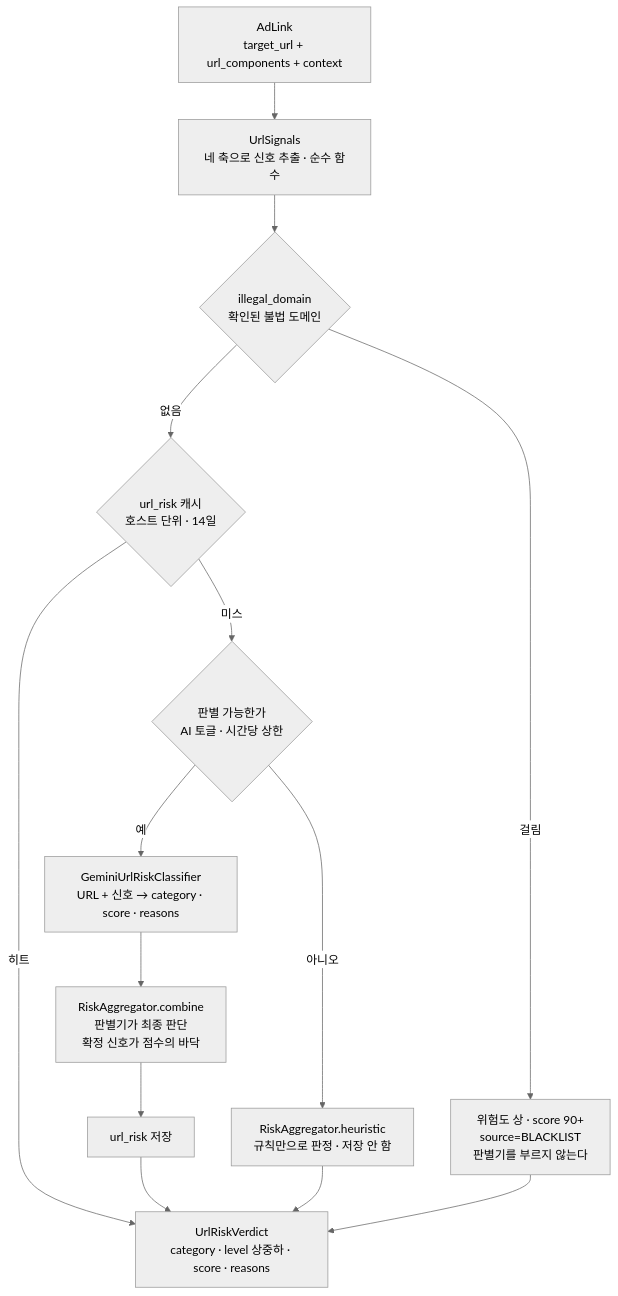
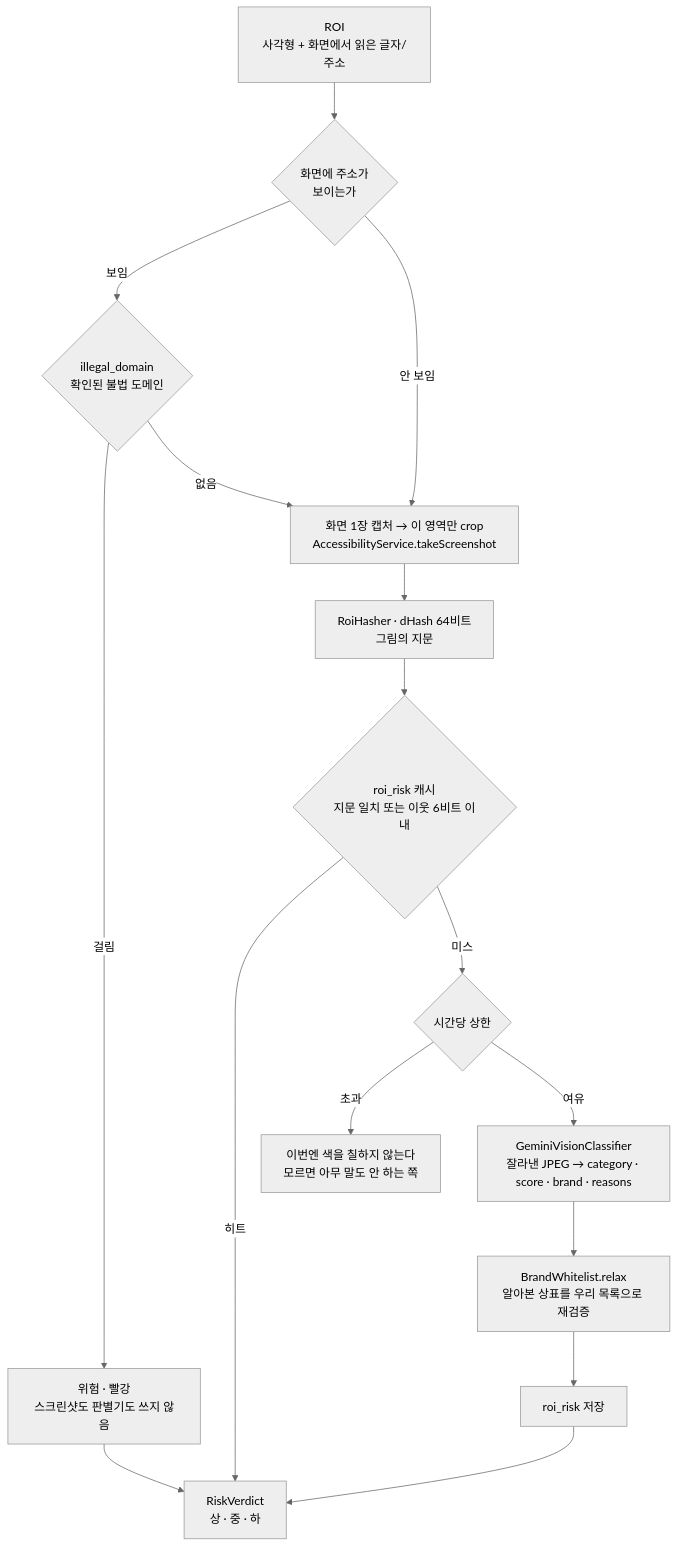
The second of 2 diagrams in README.md (SKT-FLY-AI-TEAM-6/senioradguard), drawn with Mermaid (neutral theme) before and after one commit. The commit also changed other lines of this file and 35 other files, not shown here.

````diff
--- a/README.md
+++ b/README.md
@@ -81,27 +89,28 @@
 ```mermaid
 flowchart TD
-    IN["AdLink<br/>target_url + url_components + context"] --> SIG
+    ROI["ROI<br/>사각형 + 화면에서 읽은 글자/주소"] --> URLQ
 
-    SIG["UrlSignals<br/>네 축으로 신호 추출 · 순수 함수"] --> DB
+    URLQ{"화면에 주소가<br/>보이는가"}
+    URLQ -->|"보임"| BL{"illegal_domain<br/>확인된 불법 도메인"}
+    URLQ -->|"안 보임"| CAP
+    BL -->|"걸림"| HIGH["위험 · 빨강<br/>스크린샷도 판별기도 쓰지 않음"]
+    BL -->|"없음"| CAP
 
-    DB{"illegal_domain<br/>확인된 불법 도메인"}
-    DB -->|"걸림"| HIGH["위험도 상 · score 90+<br/>source=BLACKLIST<br/>판별기를 부르지 않는다"]
-    DB -->|"없음"| CACHE
+    CAP["화면 1장 캡처 → 이 영역만 crop<br/>AccessibilityService.takeScreenshot"] --> HASH
+    HASH["RoiHasher · dHash 64비트<br/>그림의 지문"] --> CACHE
 
-    CACHE{"url_risk 캐시<br/>호스트 단위 · 14일"}
-    CACHE -->|히트| OUT
-    CACHE -->|미스| GATE
+    CACHE{"roi_risk 캐시<br/>지문 일치 또는 이웃 6비트 이내"}
+    CACHE -->|"히트"| OUT
+    CACHE -->|"미스"| GATE
 
-    GATE{"판별 가능한가<br/>AI 토글 · 시간당 상한"}
-    GATE -->|아니오| HEUR["RiskAggregator.heuristic<br/>규칙만으로 판정 · 저장 안 함"]
-    GATE -->|예| LLM["GeminiUrlRiskClassifier<br/>URL + 신호 → category · score · reasons"]
+    GATE{"시간당 상한"}
+    GATE -->|"초과"| SKIP["이번엔 색을 칠하지 않는다<br/>모르면 아무 말도 안 하는 쪽"]
+    GATE -->|"여유"| LLM
 
-    LLM --> COMB["RiskAggregator.combine<br/>판별기가 최종 판단<br/>확정 신호가 점수의 바닥"]
-    COMB --> SAVE["url_risk 저장"]
-    SAVE --> OUT
+    LLM["GeminiVisionClassifier<br/>잘라낸 JPEG → category · score · brand · reasons"] --> BRAND
+    BRAND["BrandWhitelist.relax<br/>알아본 상표를 우리 목록으로 재검증"] --> SAVE
+    SAVE["roi_risk 저장"] --> OUT
 
-    HEUR --> OUT
+    OUT["RiskVerdict<br/>상 · 중 · 하"]
     HIGH --> OUT
-
-    OUT["UrlRiskVerdict<br/>category · level 상중하 · score · reasons"]
 ```
````
